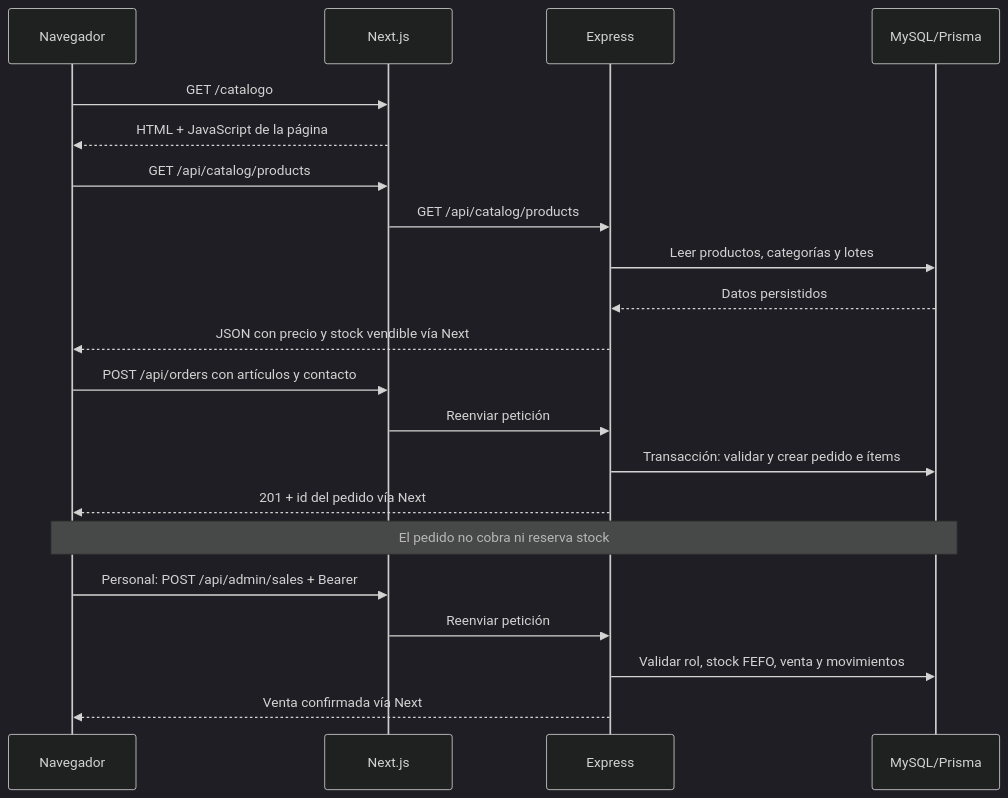
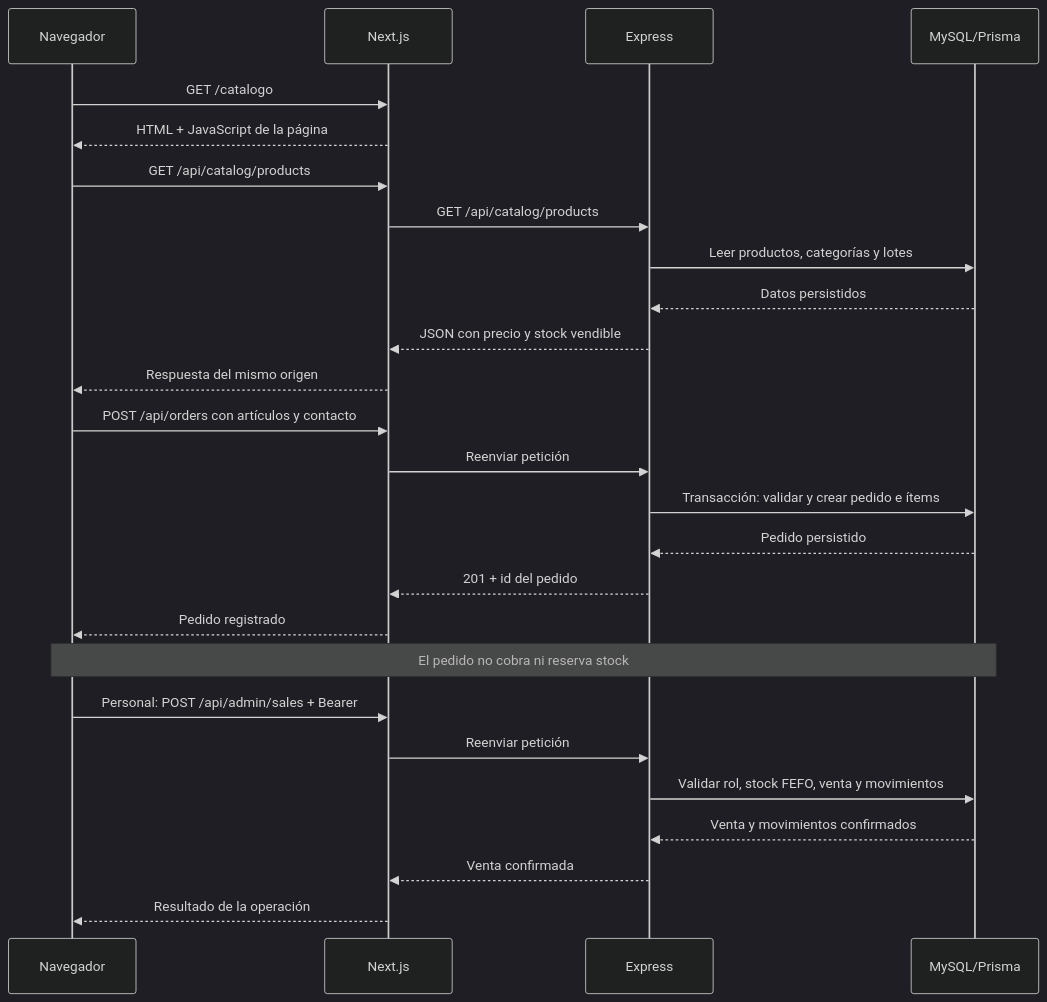
Before and after one commit to luisdionicio-lgtm/E-commerce-Ferreteria: the second of 2 diagrams in docs/ARQUITECTURA_CURSO.md, drawn with Mermaid (dark theme). The commit also changed 22 other files, not shown here.

Commit message:
Polish storefront accessibility and export course diagrams as PNG and SVG

````diff
--- a/docs/ARQUITECTURA_CURSO.md
+++ b/docs/ARQUITECTURA_CURSO.md
@@ -18,23 +18,28 @@
 ```mermaid
 sequenceDiagram
     participant C as Navegador
     participant N as Next.js
     participant E as Express
     participant D as MySQL/Prisma
     C->>N: GET /catalogo
     N-->>C: HTML + JavaScript de la página
     C->>N: GET /api/catalog/products
     N->>E: GET /api/catalog/products
     E->>D: Leer productos, categorías y lotes
     D-->>E: Datos persistidos
-    E-->>C: JSON con precio y stock vendible vía Next
+    E-->>N: JSON con precio y stock vendible
+    N-->>C: Respuesta del mismo origen
     C->>N: POST /api/orders con artículos y contacto
     N->>E: Reenviar petición
     E->>D: Transacción: validar y crear pedido e ítems
-    E-->>C: 201 + id del pedido vía Next
+    D-->>E: Pedido persistido
+    E-->>N: 201 + id del pedido
+    N-->>C: Pedido registrado
     Note over C,D: El pedido no cobra ni reserva stock
     C->>N: Personal: POST /api/admin/sales + Bearer
     N->>E: Reenviar petición
     E->>D: Validar rol, stock FEFO, venta y movimientos
-    E-->>C: Venta confirmada vía Next
+    D-->>E: Venta y movimientos confirmados
+    E-->>N: Venta confirmada
+    N-->>C: Resultado de la operación
 ```
````
